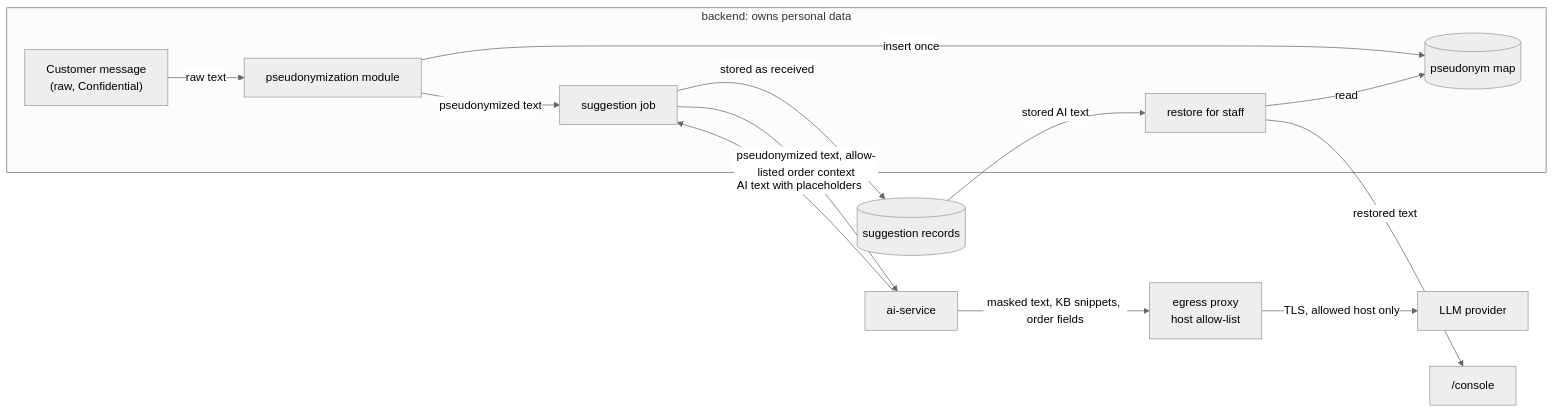
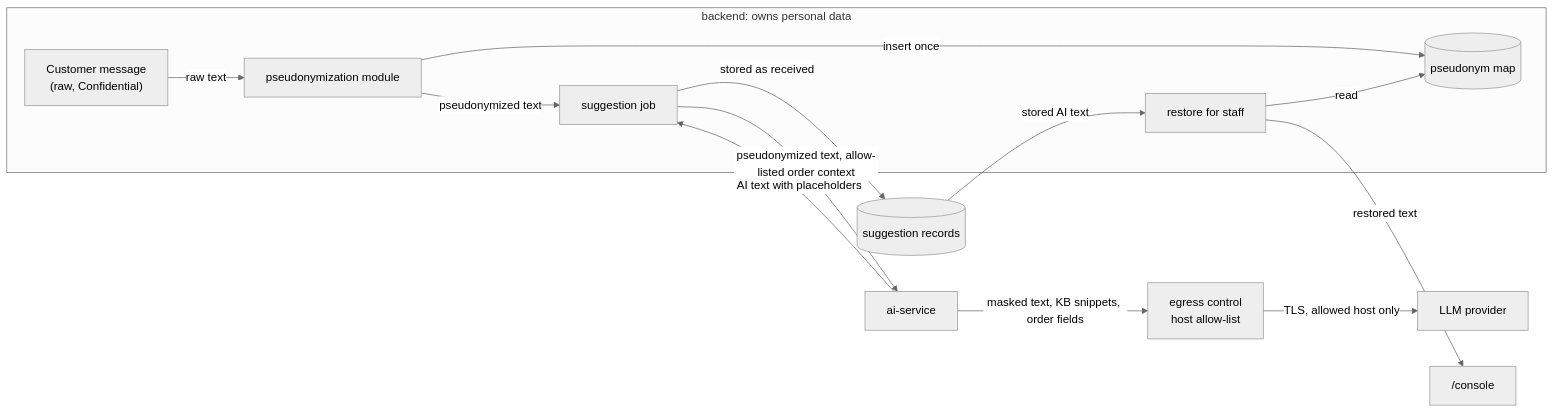
Before and after one commit to ml-system-design-nhom-5/SupportIQ: the first of 2 diagrams in docs/decisions/0010-pseudonymization-and-egress-control.md, drawn with Mermaid (neutral theme). The commit also changed other lines of this file and 21 other files, not shown here.

````diff
--- a/docs/decisions/0010-pseudonymization-and-egress-control.md
+++ b/docs/decisions/0010-pseudonymization-and-egress-control.md
@@ -40,16 +41,16 @@
 ```mermaid
 flowchart LR
     subgraph BE["backend: owns personal data"]
         MSG["Customer message<br/>(raw, Confidential)"] -->|"raw text"| PSE["pseudonymization module"]
         PSE -->|"insert once"| MAP[("pseudonym map")]
         PSE -->|"pseudonymized text"| JOB["suggestion job"]
         RES["restore for staff"] -->|"read"| MAP
     end
     JOB -->|"pseudonymized text, allow-listed order context"| AI["ai-service"]
-    AI -->|"masked text, KB snippets, order fields"| EP["egress proxy<br/>host allow-list"]
+    AI -->|"masked text, KB snippets, order fields"| EP["egress control<br/>host allow-list"]
     EP -->|"TLS, allowed host only"| LLM["LLM provider"]
     AI -->|"AI text with placeholders"| JOB
     JOB -->|"stored as received"| DB[("suggestion records")]
     DB -->|"stored AI text"| RES
     RES -->|"restored text"| CON["/console"]
 ```
````
